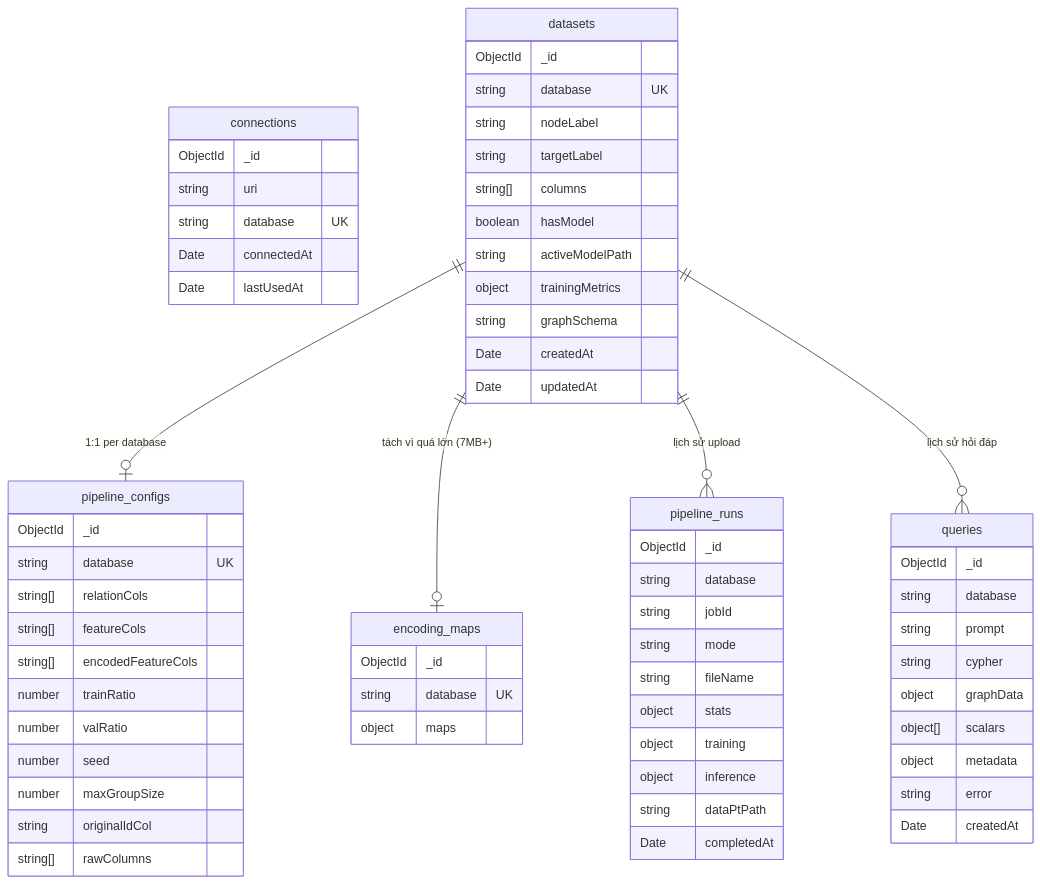
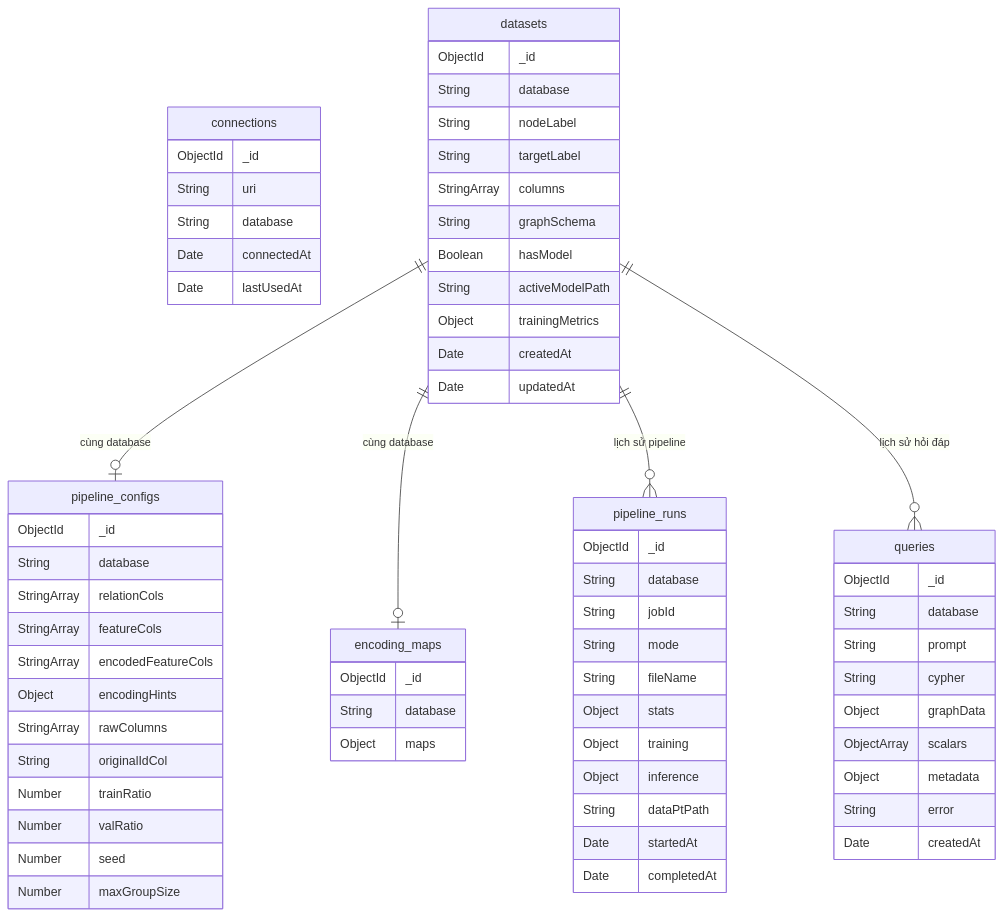
Before and after one commit to duylinh1510/Web-KLTN: the diagram in tailieu/implement_mongodb.md, drawn with Mermaid. The commit also changed other lines of this file and 29 other files, not shown here.

````diff
--- a/tailieu/implement_mongodb.md
+++ b/tailieu/implement_mongodb.md
@@ -13,74 +33,76 @@
 ```mermaid
 erDiagram
     connections {
         ObjectId _id
-        string uri
-        string database UK
+        String uri
+        String database
         Date connectedAt
         Date lastUsedAt
     }
 
     datasets {
         ObjectId _id
-        string database UK
-        string nodeLabel
-        string targetLabel
-        string[] columns
-        boolean hasModel
-        string activeModelPath
-        object trainingMetrics
-        string graphSchema
+        String database
+        String nodeLabel
+        String targetLabel
+        StringArray columns
+        String graphSchema
+        Boolean hasModel
+        String activeModelPath
+        Object trainingMetrics
         Date createdAt
         Date updatedAt
     }
 
     pipeline_configs {
         ObjectId _id
-        string database UK
-        string[] relationCols
-        string[] featureCols
-        string[] encodedFeatureCols
-        number trainRatio
-        number valRatio
-        number seed
-        number maxGroupSize
-        string originalIdCol
-        string[] rawColumns
+        String database
+        StringArray relationCols
+        StringArray featureCols
+        StringArray encodedFeatureCols
+        Object encodingHints
+        StringArray rawColumns
+        String originalIdCol
+        Number trainRatio
+        Number valRatio
+        Number seed
+        Number maxGroupSize
     }
 
     encoding_maps {
         ObjectId _id
-        string database UK
-        object maps
+        String database
+        Object maps
     }
 
     pipeline_runs {
         ObjectId _id
-        string database
-        string jobId
-        string mode
-        string fileName
-        object stats
-        object training
-        object inference
-        string dataPtPath
+        String database
+        String jobId
+        String mode
+        String fileName
+        Object stats
+        Object training
+        Object inference
+        String dataPtPath
+        Date startedAt
         Date completedAt
     }
 
     queries {
         ObjectId _id
-        string database
-        string prompt
-        string cypher
-        object graphData
-        object[] scalars
-        object metadata
-        string error
+        String database
+        String prompt
+        String cypher
+        Object graphData
+        ObjectArray scalars
+        Object metadata
+        String error
         Date createdAt
     }
 
-    datasets ||--o| pipeline_configs : "1:1 per database"
-    datasets ||--o| encoding_maps : "tách vì quá lớn (7MB+)"
-    datasets ||--o{ pipeline_runs : "lịch sử upload"
+    datasets ||--o| pipeline_configs : "cùng database"
+    datasets ||--o| encoding_maps : "cùng database"
+    datasets ||--o{ pipeline_runs : "lịch sử pipeline"
     datasets ||--o{ queries : "lịch sử hỏi đáp"
 ```
````
